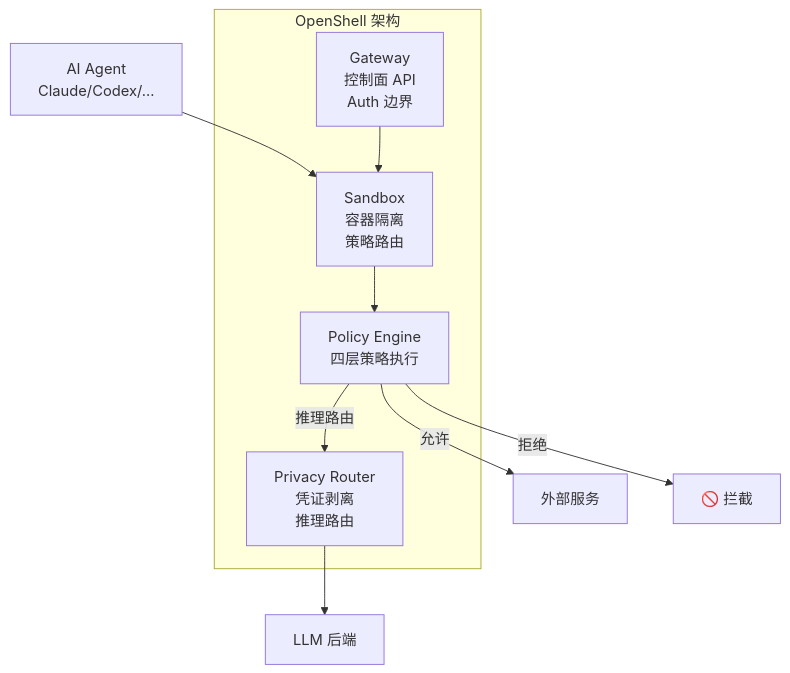
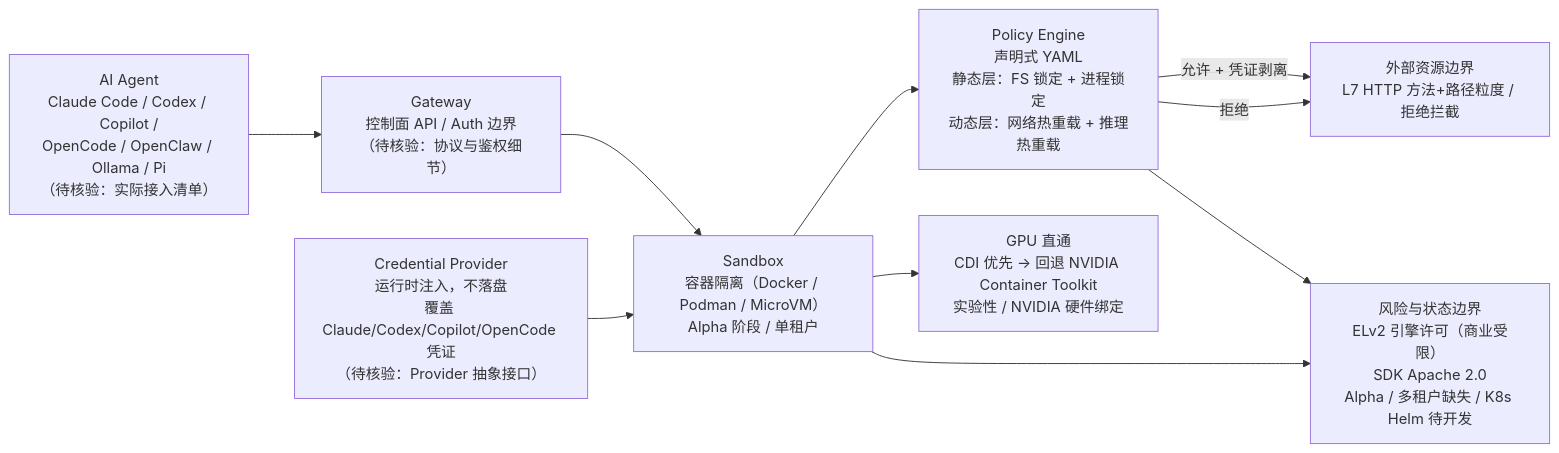
Before and after one commit to aiutil/github-researcher: the diagram in projects/openshell.md, drawn with Mermaid. The commit also changed other lines of this file and 939 other files, not shown here.

Commit message:
feat: add architect briefs and Mermaid project maps

````diff
--- a/projects/openshell.md
+++ b/projects/openshell.md
@@ -57,17 +70,21 @@
 ```mermaid
-graph TB
-    subgraph "OpenShell 架构"
-        Gateway["Gateway<br/>控制面 API<br/>Auth 边界"]
-        Sandbox["Sandbox<br/>容器隔离<br/>策略路由"]
-        Policy["Policy Engine<br/>四层策略执行"]
-        Privacy["Privacy Router<br/>凭证剥离<br/>推理路由"]
-    end
-    
-    Agent["AI Agent<br/>Claude/Codex/..."] --> Sandbox
+flowchart LR
+    Agent["AI Agent<br/>Claude Code / Codex / Copilot /<br/>OpenCode / OpenClaw / Ollama / Pi<br/>（待核验：实际接入清单）"]
+    Gateway["Gateway<br/>控制面 API / Auth 边界<br/>（待核验：协议与鉴权细节）"]
+    Sandbox["Sandbox<br/>容器隔离（Docker / Podman / MicroVM）<br/>Alpha 阶段 / 单租户"]
+    Policy["Policy Engine<br/>声明式 YAML<br/>静态层：FS 锁定 + 进程锁定<br/>动态层：网络热重载 + 推理热重载"]
+    Cred["Credential Provider<br/>运行时注入，不落盘<br/>覆盖 Claude/Codex/Copilot/OpenCode 凭证<br/>（待核验：Provider 抽象接口）"]
+    Ext["外部资源边界<br/>L7 HTTP 方法+路径粒度 / 拒绝拦截"]
+    GPU["GPU 直通<br/>CDI 优先 → 回退 NVIDIA Container Toolkit<br/>实验性 / NVIDIA 硬件绑定"]
+    Risk["风险与状态边界<br/>ELv2 引擎许可（商业受限）<br/>SDK Apache 2.0<br/>Alpha / 多租户缺失 / K8s Helm 待开发"]
+
+    Agent --> Gateway
+    Gateway --> Sandbox
     Sandbox --> Policy
-    Policy -->|允许| Internet["外部服务"]
-    Policy -->|拒绝| Block["🚫 拦截"]
-    Policy -->|推理路由| Privacy
-    Privacy --> LLM["LLM 后端"]
-    Gateway --> Sandbox
+    Policy -->|允许 + 凭证剥离| Ext
+    Policy -->|拒绝| Ext
+    Cred --> Sandbox
+    Sandbox --> GPU
+    Sandbox --> Risk
+    Policy --> Risk
 ```
````
